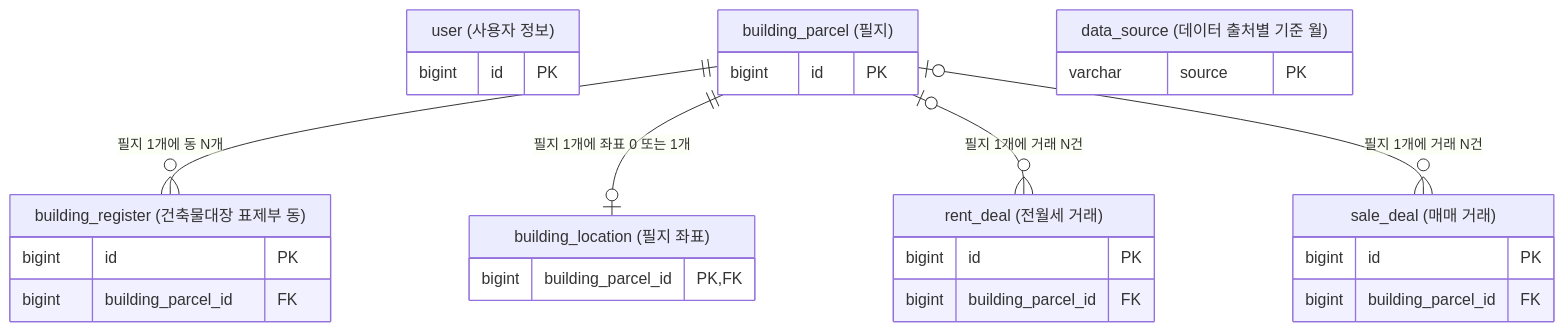
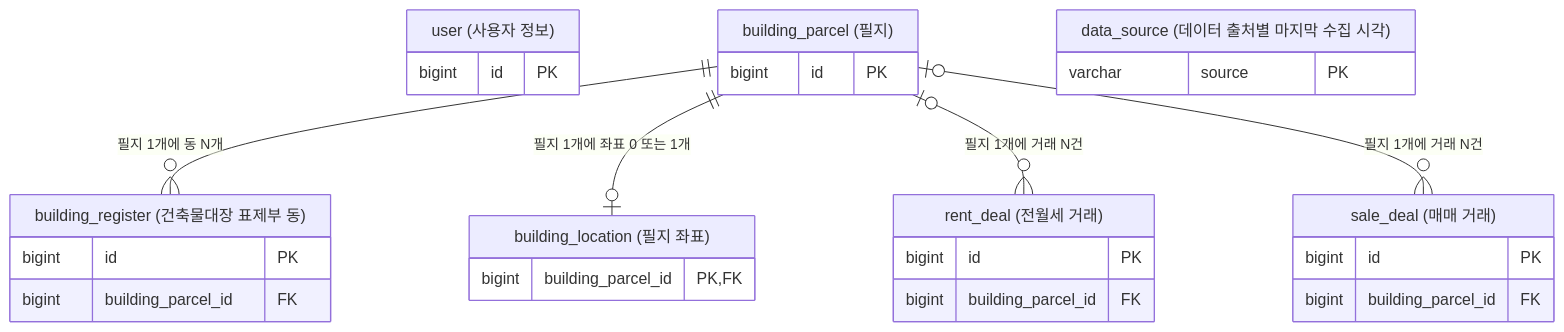
Before and after one commit to f-lab-edu/jipsee: the first of 8 diagrams in docs/erd.md, drawn with Mermaid. The commit also changed other lines of this file and 2 other files, not shown here.

Commit message:
docs: S2 건물 정보를 동마다 표시, data_source 기준 월을 loaded_at으로 통일

````diff
--- a/docs/erd.md
+++ b/docs/erd.md
@@ -5,31 +5,31 @@
 ```mermaid
 erDiagram
     user["user (사용자 정보)"] {
         bigint id PK
     }
     building_parcel ||--o{ building_register : "필지 1개에 동 N개"
     building_parcel["building_parcel (필지)"] {
         bigint id PK
     }
     building_register["building_register (건축물대장 표제부 동)"] {
         bigint id PK
         bigint building_parcel_id FK
     }
     building_parcel ||--o| building_location : "필지 1개에 좌표 0 또는 1개"
     building_location["building_location (필지 좌표)"] {
         bigint building_parcel_id PK, FK
     }
     building_parcel |o--o{ rent_deal : "필지 1개에 거래 N건"
     rent_deal["rent_deal (전월세 거래)"] {
         bigint id PK
         bigint building_parcel_id FK
     }
     building_parcel |o--o{ sale_deal : "필지 1개에 거래 N건"
     sale_deal["sale_deal (매매 거래)"] {
         bigint id PK
         bigint building_parcel_id FK
     }
-    data_source["data_source (데이터 출처별 기준 월)"] {
+    data_source["data_source (데이터 출처별 마지막 수집 시각)"] {
         varchar source PK
     }
 ```
````
